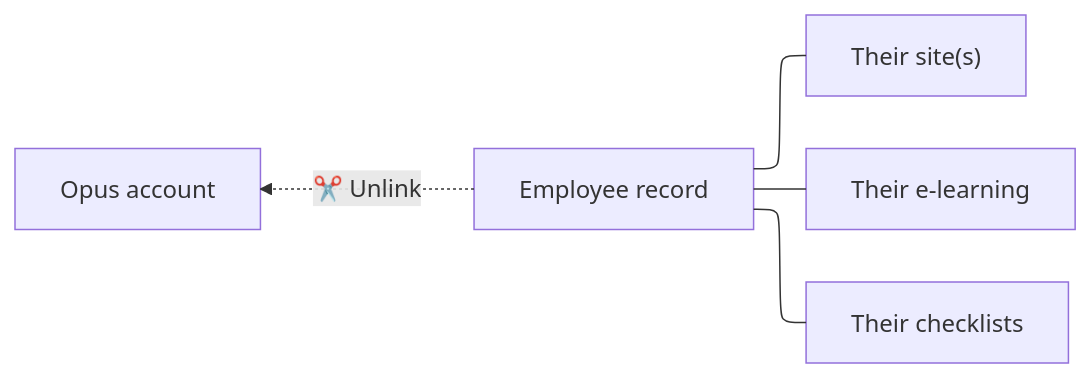
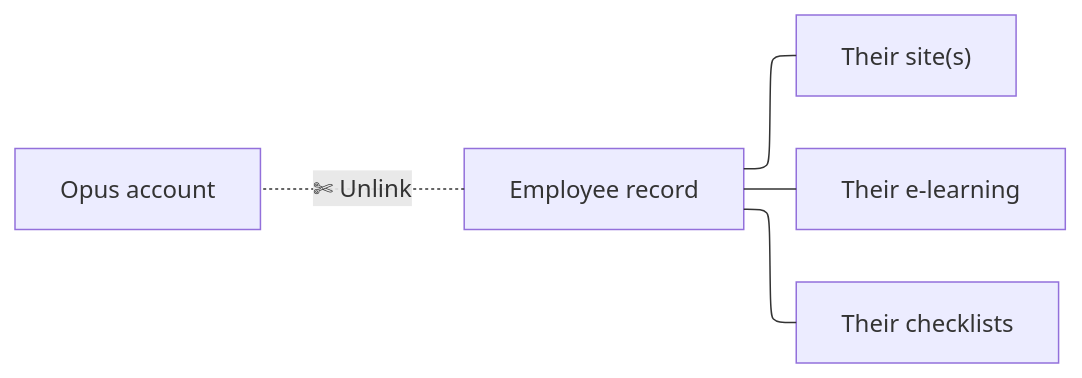
One commit to opus-safety/opus-knowledge-base changed the diagram in docs/drafts/unlinking-an-employee.md. Above: the diagram before and after it, drawn with Mermaid.

Commit message:
Update unlinking an employee
Published via More Buttons Chrome Extension

````diff
--- a/docs/drafts/unlinking-an-employee.md
+++ b/docs/drafts/unlinking-an-employee.md
@@ -17,19 +17,19 @@
 ```mermaid
 ---
 config:
   layout: elk
 ---
 flowchart RL
     n3["Their site(s)"] --- n2["Employee record"]
     n4["Their e-learning"] --- n2
     n5["Their checklists"] --- n2
-    n2 -. ✂️ Unlink .-> n1["Opus account"]
+    n2 -. ✄ Unlink .- n1["Opus account"]
 
     n3@{ shape: rect}
     n2@{ shape: rect}
     n4@{ shape: rect}
     n5@{ shape: rect}
     n1@{ shape: rect}
     classDef question stroke:#6b7280,fill:#f3f4f6,stroke-width:2px
     classDef action stroke:#16a34a,fill:#dcfce7,stroke-width:2px
 ```
````
